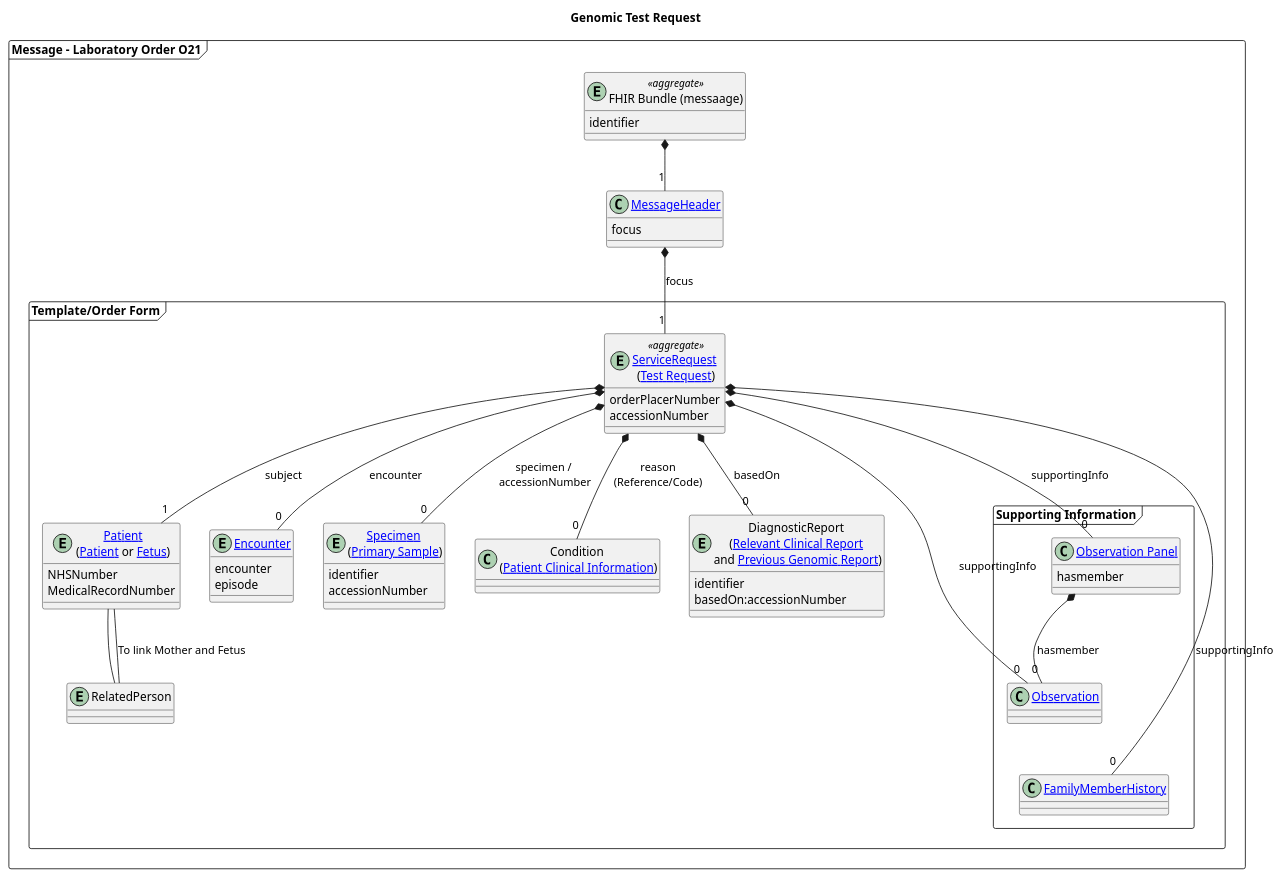
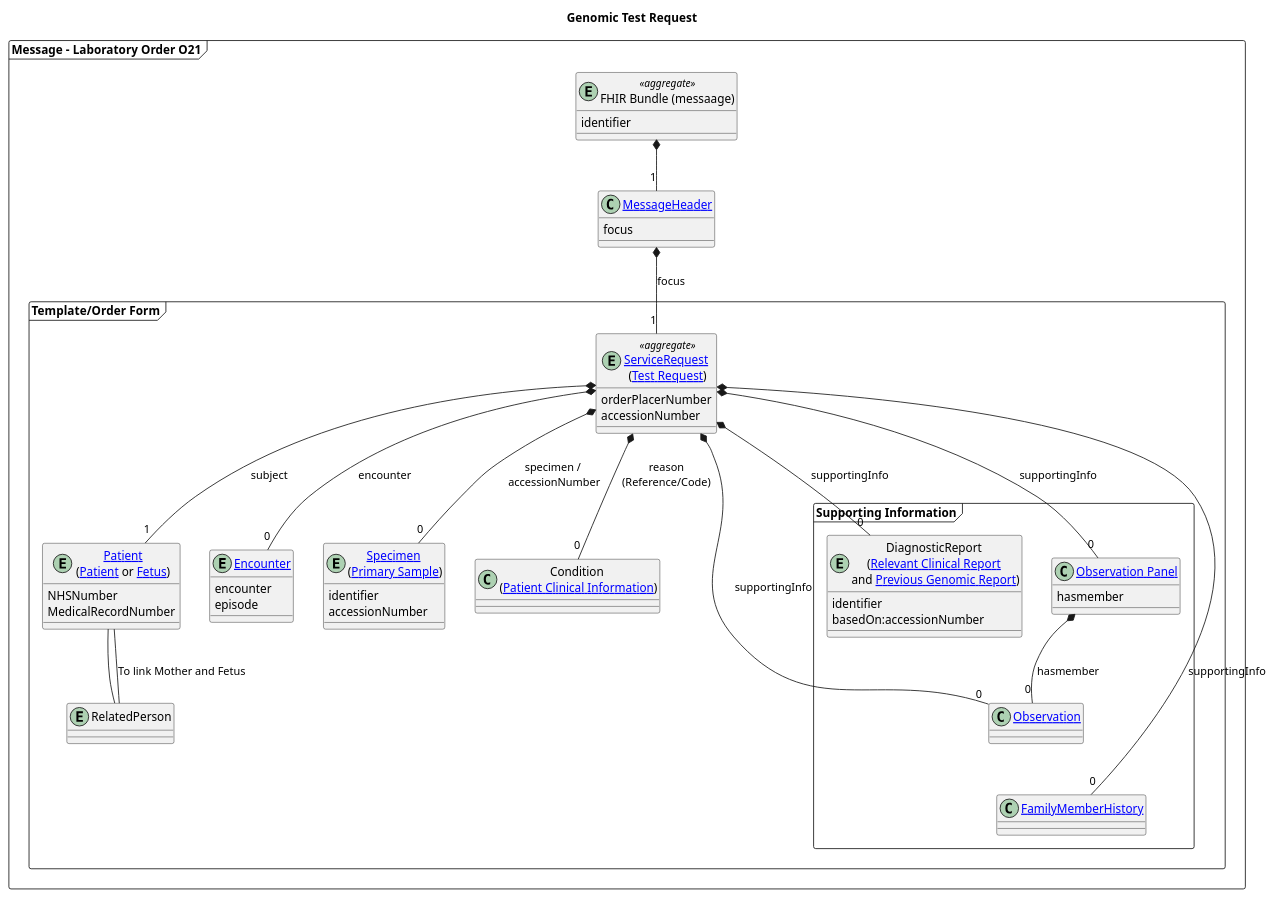
One commit to nw-gmsa/nw-gmsa.github.com changed the diagram in input/images-source/orders-model.plantuml. Above: the diagram before and after it, drawn with PlantUML. The commit also changed 12 other files, not shown here.

Commit message:
OBX, PV1 and OBR based examples

```diff
--- a/input/images-source/orders-model.plantuml
+++ b/input/images-source/orders-model.plantuml
@@ -1,83 +1,84 @@
 @startuml
 
 skinparam svgDimensionStyle false
 
 title "Genomic Test Request"
 
 frame "Message - Laboratory Order O21" as Message {
 entity "FHIR Bundle (messaage)" as oml <<aggregate>> {
 identifier
 }
 
 class "[[StructureDefinition-MessageHeader.html MessageHeader]]" as MSH {
  focus
 }
 
   frame "Template/Order Form" as Composition {
     entity "[[StructureDefinition-Patient.html Patient]]\n([[https://simplifier.net/guide/fhir-genomics-implementation-guide/Home/Design/Clinicalheadings#Patient Patient]] or [[https://simplifier.net/guide/fhir-genomics-implementation-guide/Home/Design/Clinicalheadings#Fetus Fetus]])" as PID {
     NHSNumber
     MedicalRecordNumber
     }
 
     entity "[[StructureDefinition-Encounter.html Encounter]]" as PV1 {
     encounter
     episode
     }
 
     entity "[[StructureDefinition-ServiceRequest.html ServiceRequest]] \n([[https://simplifier.net/guide/fhir-genomics-implementation-guide/Home/Design/Clinicalheadings#Test-Request Test Request]])" as ORC <<aggregate>> {
     orderPlacerNumber
     accessionNumber
     }
 
     entity "[[StructureDefinition-Specimen.html Specimen]] \n([[https://simplifier.net/guide/fhir-genomics-implementation-guide/Home/Design/Clinicalheadings#Primary-Sample Primary Sample]])" as SPM {
     identifier
     accessionNumber
     }
 
     class "Condition \n([[https://simplifier.net/guide/fhir-genomics-implementation-guide/Home/Design/Clinicalheadings#Patient-Clinical-Information Patient Clinical Information]])" as DG1
 
+    entity "RelatedPerson" as NK1
+
+    frame "Supporting Information" as supportingInfo {
+
     entity "DiagnosticReport \n([[https://simplifier.net/guide/fhir-genomics-implementation-guide/Home/Design/Clinicalheadings#Relevant-Clinical-Report Relevant Clinical Report]] \nand [[https://simplifier.net/guide/fhir-genomics-implementation-guide/Home/Design/Clinicalheadings#Previous-Genomic-Report Previous Genomic Report]])" as OBX {
       identifier
       basedOn:accessionNumber
     }
 
-    entity "RelatedPerson" as NK1
-
-    frame "Supporting Information" as supportingInfo {
 
       class "[[StructureDefinition-Observation.html Observation]]" as OBX1 {
       }
 
 
       class "[[StructureDefinition-Observation-Panel.html Observation Panel]]" as panel {
       hasmember
       }
 
       class "[[StructureDefinition-FamilyMemberHistory.html FamilyMemberHistory]]" as family {
 
       }
 
 
 
     panel *-d- "0" OBX1: hasmember
 
     OBX1 -d[hidden]- family
 
  }
 }
 
 oml *-d- "1" MSH
 MSH *-d- "1" ORC: focus
 ORC *-- "0" SPM : specimen /\n accessionNumber
 ORC *-- "1" PID : subject
 ORC *-- "0" PV1 : encounter
 ORC *-- "0" DG1 : reason\n(Reference/Code)
-ORC *-- "0" OBX: basedOn
+ORC *-- "0" OBX: supportingInfo
 ORC *-- "0" OBX1: supportingInfo
 ORC *-- "0" panel: supportingInfo
 ORC *-- "0" family: supportingInfo
 
 NK1 -- PID : To link Mother and Fetus
 PID -- NK1
 
 @enduml
```
